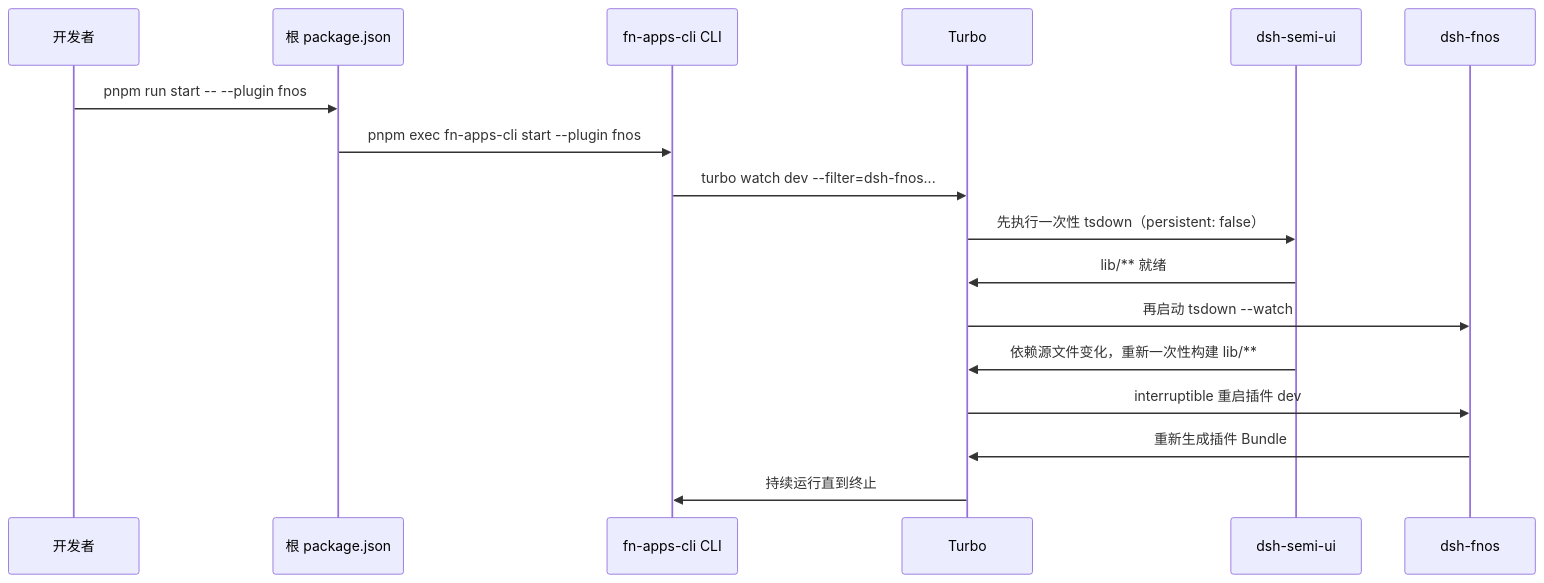
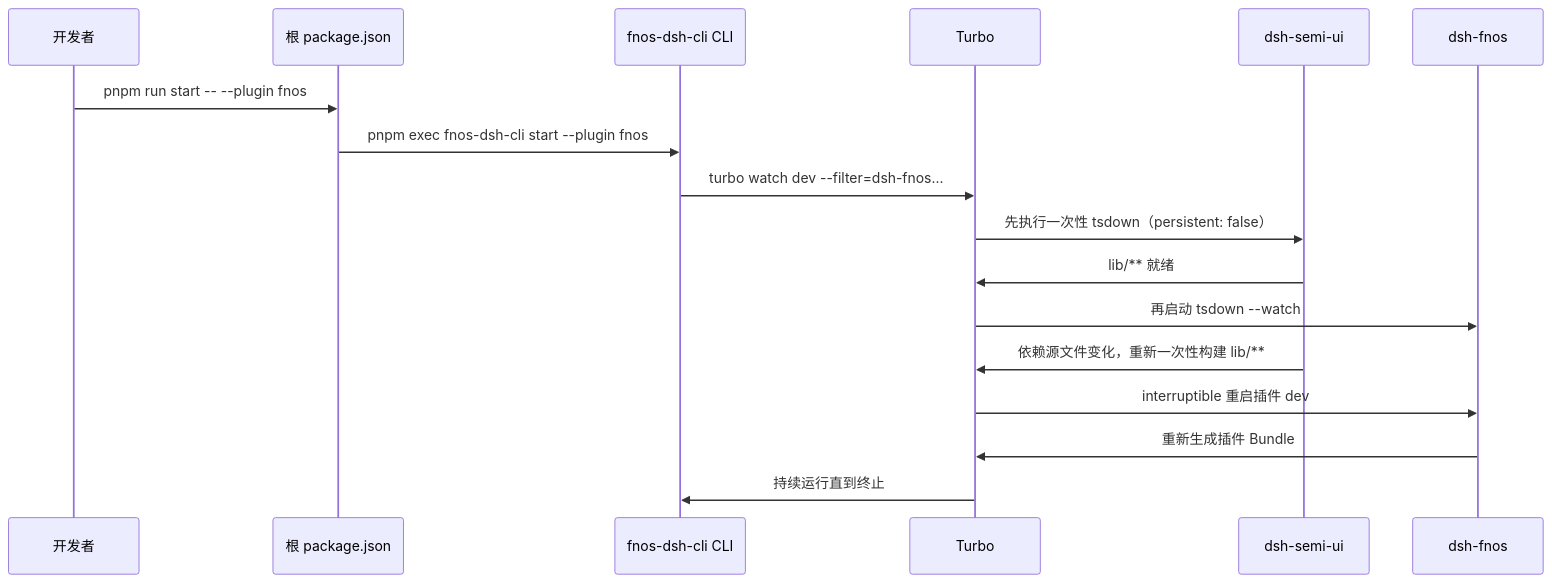
One commit to FNOSP/fnos-dsh changed the ninth of 9 diagrams in docs/development/turbo-tasks.md. Above: the diagram before and after it, drawn with Mermaid. The commit also changed other lines of this file and 50 other files, not shown here.

````diff
--- a/docs/development/turbo-tasks.md
+++ b/docs/development/turbo-tasks.md
@@ -334,20 +334,20 @@
 ```mermaid
 sequenceDiagram
   participant developer as 开发者
   participant root as 根 package.json
-  participant cli as fn-apps-cli CLI
+  participant cli as fnos-dsh-cli CLI
   participant turbo as Turbo
   participant semi as dsh-semi-ui
   participant plugin as dsh-fnos
 
   developer->>root: pnpm run start -- --plugin fnos
-  root->>cli: pnpm exec fn-apps-cli start --plugin fnos
+  root->>cli: pnpm exec fnos-dsh-cli start --plugin fnos
   cli->>turbo: turbo watch dev --filter=dsh-fnos...
   turbo->>semi: 先执行一次性 tsdown（persistent: false）
   semi->>turbo: lib/** 就绪
   turbo->>plugin: 再启动 tsdown --watch
   semi->>turbo: 依赖源文件变化，重新一次性构建 lib/**
   turbo->>plugin: interruptible 重启插件 dev
   plugin->>turbo: 重新生成插件 Bundle
   turbo->>cli: 持续运行直到终止
 ```
````
